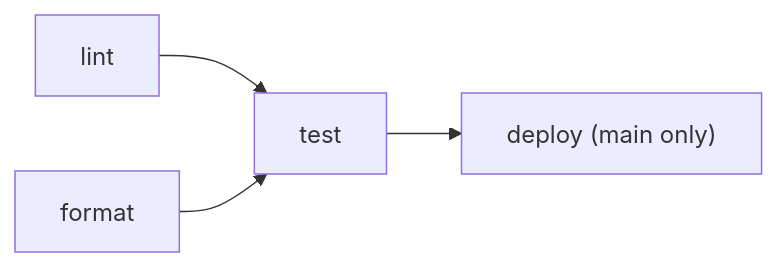
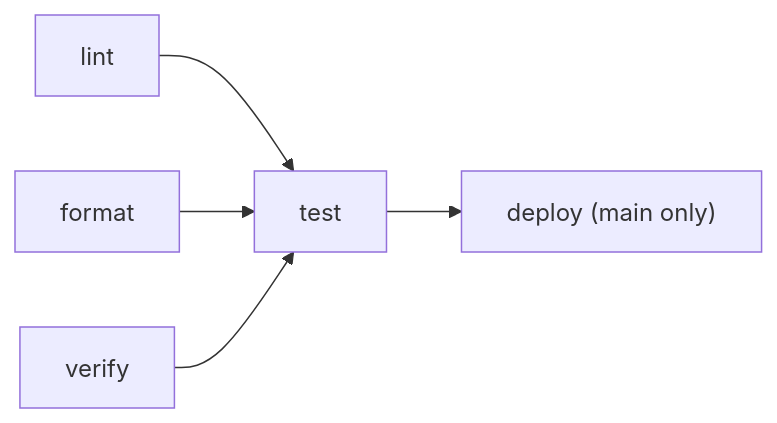
Before and after one commit to AndrewDile/SEC-Check: the diagram in docs/pages/testing.md, drawn with Mermaid. The commit also changed other lines of this file and 31 other files, not shown here.

````diff
--- a/docs/pages/testing.md
+++ b/docs/pages/testing.md
@@ -37,6 +37,7 @@
 ```mermaid
 flowchart LR
     lint --> test
     format --> test
+    verify --> test
     test --> deploy["deploy (main only)"]
 ```
````
